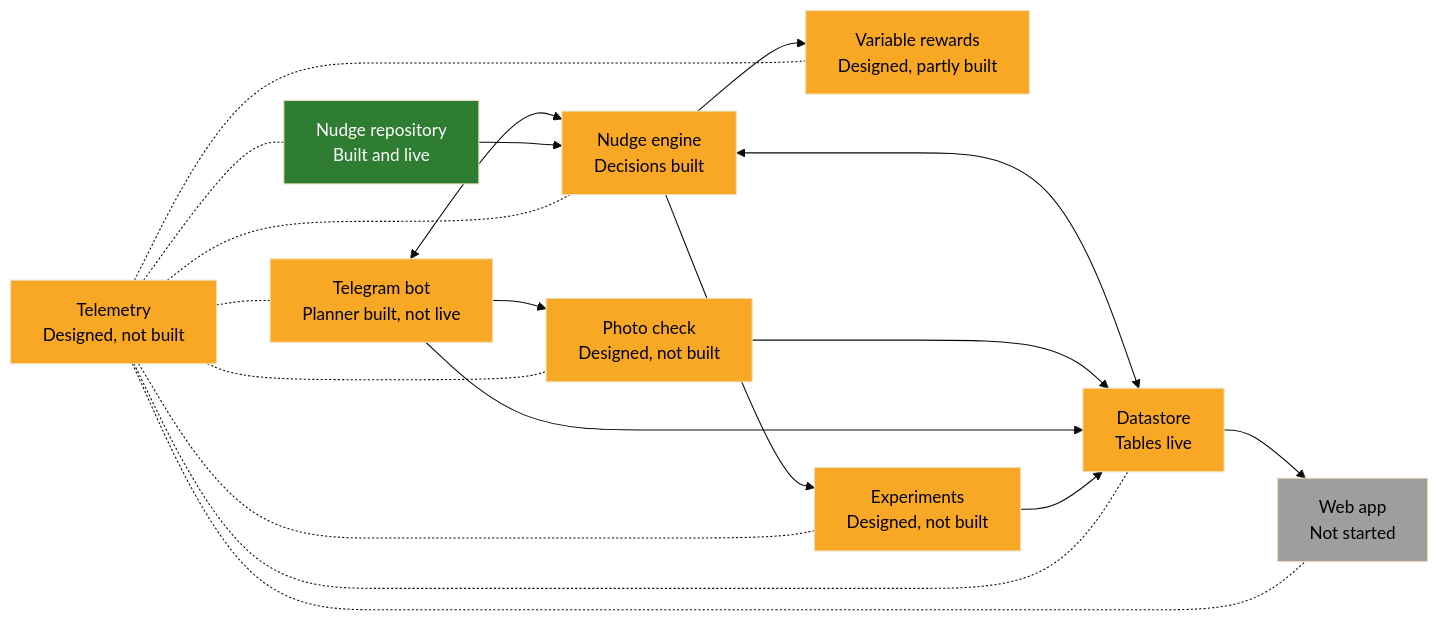
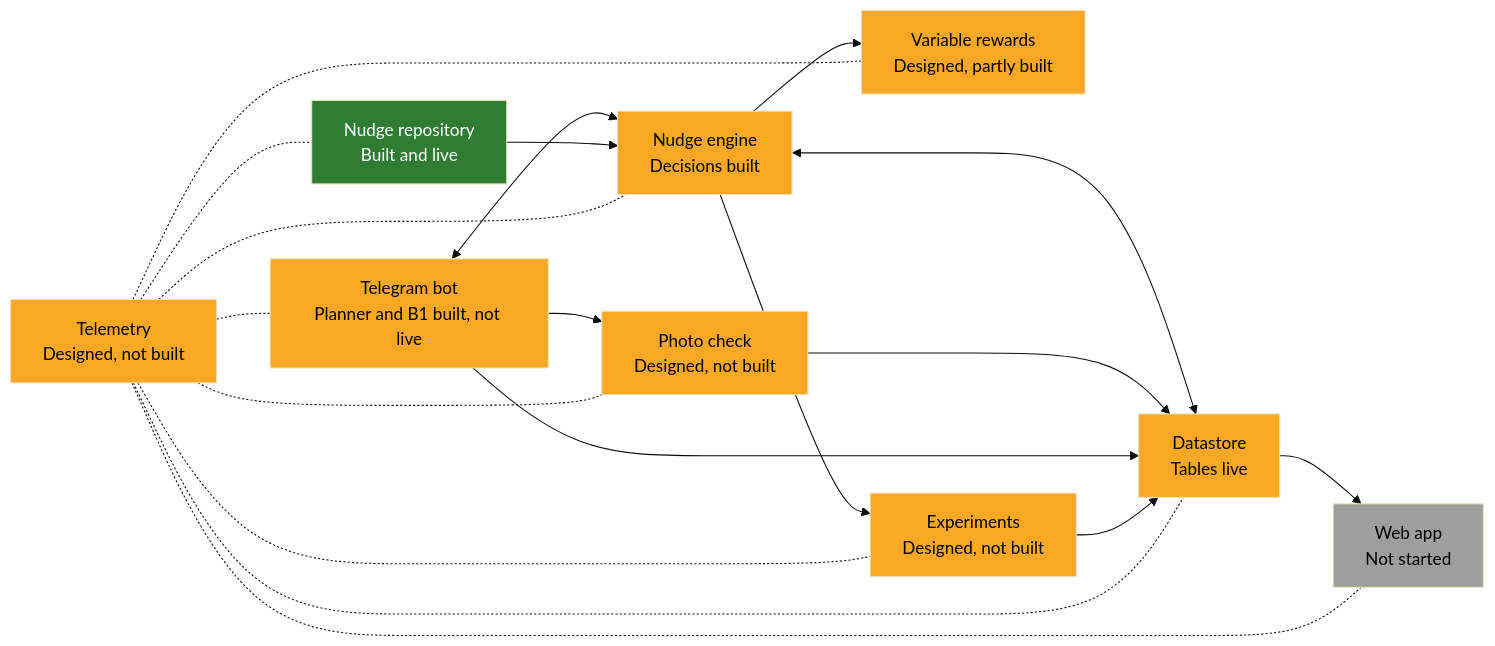
One commit to WeiLieh/FamilyHabitBuilder changed the diagram in docs/ARCHITECTURE.md. Above: the diagram before and after it, drawn with Mermaid (base theme). The commit also changed 6 other files, not shown here.

````diff
--- a/docs/ARCHITECTURE.md
+++ b/docs/ARCHITECTURE.md
@@ -5,35 +5,35 @@
 ```mermaid
 flowchart LR
-    telegram["Telegram bot<br/>Planner built, not live"]:::part
+    telegram["Telegram bot<br/>Planner and B1 built, not live"]:::part
     engine["Nudge engine<br/>Decisions built"]:::part
     repository["Nudge repository<br/>Built and live"]:::done
     photo["Photo check<br/>Designed, not built"]:::part
     rewards["Variable rewards<br/>Designed, partly built"]:::part
     datastore["Datastore<br/>Tables live"]:::part
     webapp["Web app<br/>Not started"]:::todo
     telemetry["Telemetry<br/>Designed, not built"]:::part
     experiments["Experiments<br/>Designed, not built"]:::part
 
     telegram <--> engine
     repository --> engine
     engine --> rewards
     engine <--> datastore
     telegram --> photo
     photo --> datastore
     telegram --> datastore
     datastore --> webapp
     engine --> experiments
     experiments --> datastore
     telemetry -.- telegram
     telemetry -.- engine
     telemetry -.- repository
     telemetry -.- photo
     telemetry -.- rewards
     telemetry -.- datastore
     telemetry -.- webapp
     telemetry -.- experiments
 
     classDef done fill:#2e7d32,color:#ffffff
     classDef part fill:#f9a825,color:#000000
     classDef todo fill:#9e9e9e,color:#000000
 ```
````
